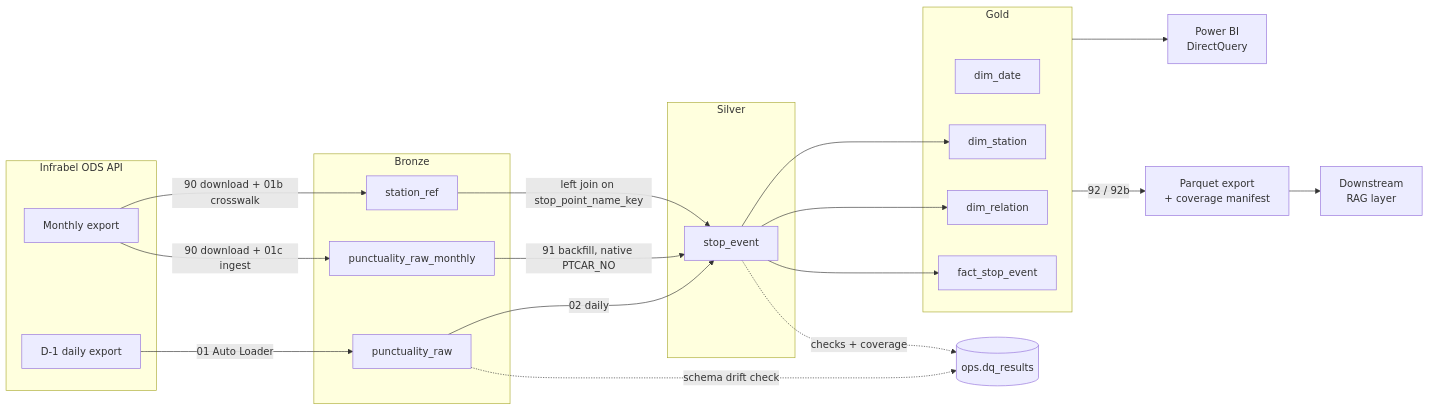
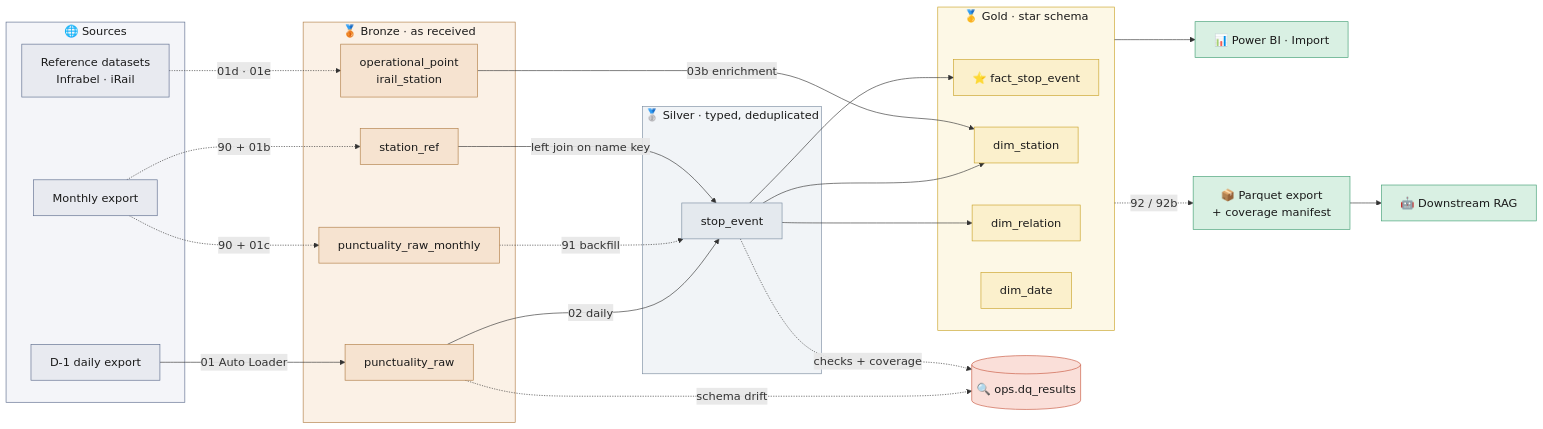
The first of 2 diagrams in README.md (BeatrizJover/rail-punctuality-lakehouse), drawn with Mermaid before and after one commit. The commit also changed other lines of this file and 1 other file, not shown here.

Commit message:
feat(dashboard): add Belgian Rail Network Health image for report visualization

````diff
--- a/README.md
+++ b/README.md
@@ -15,44 +15,68 @@
 ```mermaid
+%%{init: {'themeVariables': {'fontSize': '18px'}}}%%
 flowchart LR
-    subgraph Sources[Infrabel ODS API]
-        D1[D-1 daily export]
-        MO[Monthly export]
+    subgraph SRC["🌐 Sources"]
+        D1["D-1 daily export"]
+        MO["Monthly export"]
+        RF["Reference datasets<br/>Infrabel · iRail"]
     end
 
-    subgraph Bronze
-        BR[punctuality_raw]
-        BM[punctuality_raw_monthly]
-        BS[station_ref]
+    subgraph BRZ["🥉 Bronze · as received"]
+        BR["punctuality_raw"]
+        BM["punctuality_raw_monthly"]
+        BS["station_ref"]
+        BO["operational_point<br/>irail_station"]
     end
 
-    subgraph Silver
-        SS[stop_event]
+    subgraph SLV["🥈 Silver · typed, deduplicated"]
+        SS["stop_event"]
     end
 
-    subgraph Gold
-        DD[dim_date]
-        DS[dim_station]
-        DR[dim_relation]
-        FE[fact_stop_event]
+    subgraph GLD["🥇 Gold · star schema"]
+        FE["⭐ fact_stop_event"]
+        DS["dim_station"]
+        DR["dim_relation"]
+        DD["dim_date"]
     end
 
-    OPS[(ops.dq_results)]
-    PBI[Power BI<br/>DirectQuery]
-    EXP[Parquet export<br/>+ coverage manifest]
-    RAG[Downstream<br/>RAG layer]
+    PBI["📊 Power BI · Import"]
+    EXP["📦 Parquet export<br/>+ coverage manifest"]
+    RAG["🤖 Downstream RAG"]
+    OPS[("🔍 ops.dq_results")]
 
     D1 -->|01 Auto Loader| BR
-    MO -->|90 download + 01c ingest| BM
-    MO -->|90 download + 01b crosswalk| BS
+    MO -.->|90 + 01c| BM
+    MO -.->|90 + 01b| BS
+    RF -.->|01d · 01e| BO
     BR -->|02 daily| SS
-    BM -->|91 backfill, native PTCAR_NO| SS
-    BS -->|left join on stop_point_name_key| SS
-    BR -.->|schema drift check| OPS
-    SS -.->|checks + coverage| OPS
+    BM -.->|91 backfill| SS
+    BS -->|left join on name key| SS
+    SS --> FE
     SS --> DS
     SS --> DR
-    SS --> FE
-    Gold --> PBI
-    Gold -->|92 / 92b| EXP
+    BO -->|03b enrichment| DS
+    BR -.->|schema drift| OPS
+    SS -.->|checks + coverage| OPS
+    GLD --> PBI
+    GLD -.->|92 / 92b| EXP
     EXP --> RAG
+
+    classDef src fill:#e8eaf0,stroke:#5b6b8c,color:#1a1a1a
+    classDef brz fill:#f6e3d0,stroke:#b07d45,color:#1a1a1a
+    classDef slv fill:#e4e9ee,stroke:#7a8ca0,color:#1a1a1a
+    classDef gld fill:#fbf0cc,stroke:#c9a227,color:#1a1a1a
+    classDef out fill:#d9f0e3,stroke:#3f9e72,color:#1a1a1a
+    classDef ops fill:#fadfd9,stroke:#c7563f,color:#1a1a1a
+
+    class D1,MO,RF src
+    class BR,BM,BS,BO brz
+    class SS slv
+    class FE,DS,DR,DD gld
+    class PBI,EXP,RAG out
+    class OPS ops
+
+    style SRC fill:#f4f5f9,stroke:#5b6b8c,color:#1a1a1a
+    style BRZ fill:#fbf1e6,stroke:#b07d45,color:#1a1a1a
+    style SLV fill:#f1f4f7,stroke:#7a8ca0,color:#1a1a1a
+    style GLD fill:#fdf8e6,stroke:#c9a227,color:#1a1a1a
 ```
````
